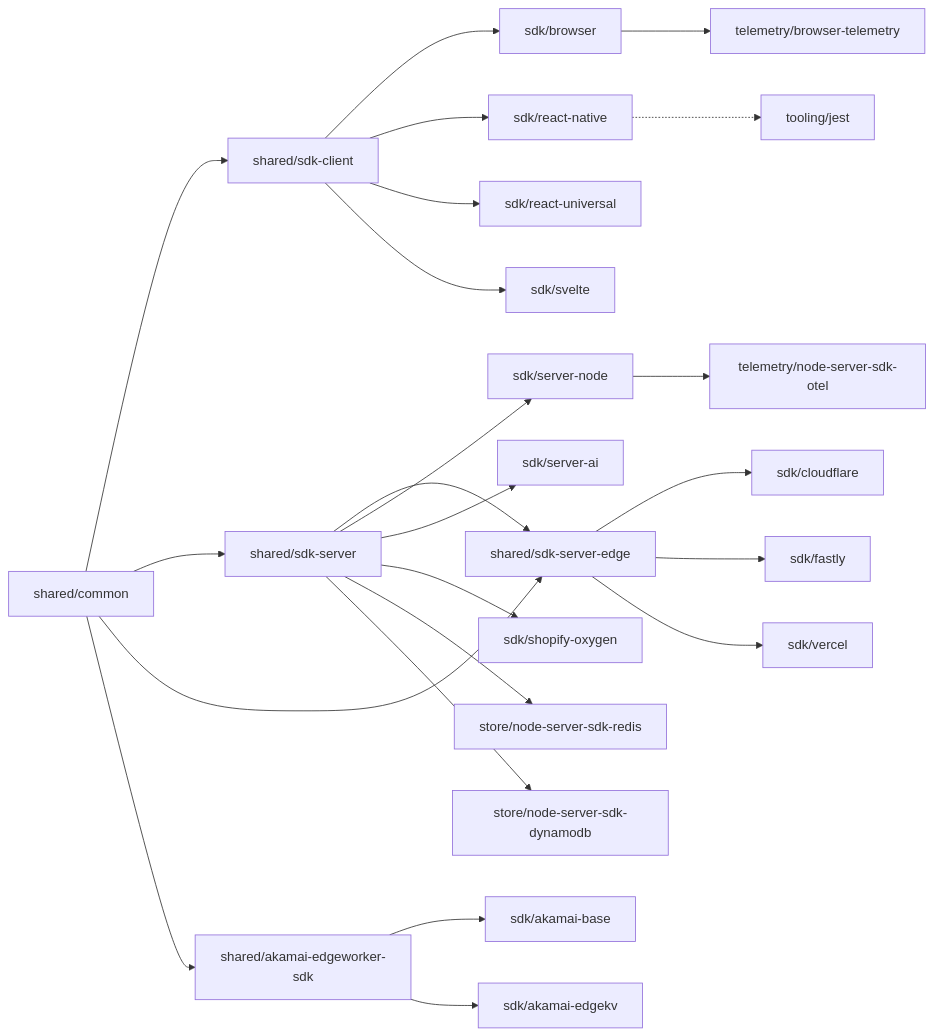
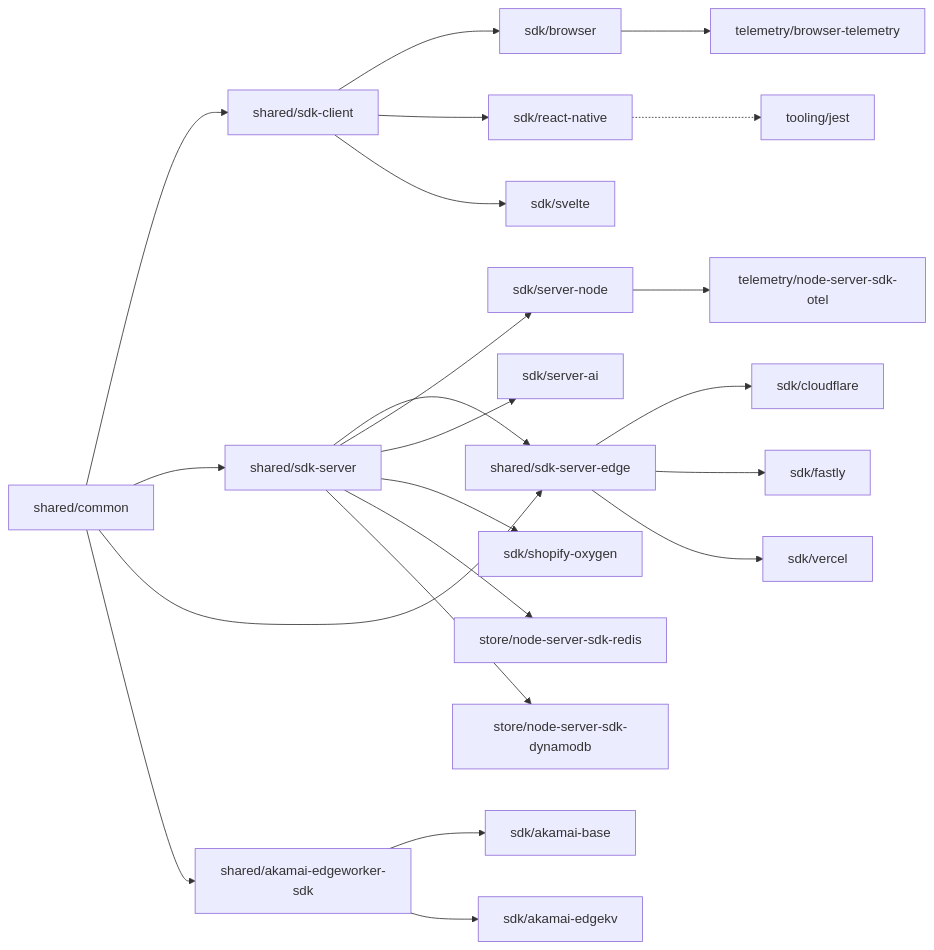
Before and after one commit to launchdarkly/js-core: the diagram in CONTRIBUTING.md, drawn with Mermaid. The commit also changed 60 other files, not shown here.

````diff
--- a/CONTRIBUTING.md
+++ b/CONTRIBUTING.md
@@ -149,75 +149,73 @@
 ```mermaid
 flowchart LR
     %% Shared packages
     common[shared/common]
     sdk-client[shared/sdk-client]
     sdk-server[shared/sdk-server]
     sdk-server-edge[shared/sdk-server-edge]
     akamai-edgeworker[shared/akamai-edgeworker-sdk]
 
     %% SDK packages
     server-node[sdk/server-node]
     cloudflare[sdk/cloudflare]
     fastly[sdk/fastly]
     react-native[sdk/react-native]
     browser[sdk/browser]
     vercel[sdk/vercel]
     akamai-base[sdk/akamai-base]
     akamai-edgekv[sdk/akamai-edgekv]
     server-ai[sdk/server-ai]
-    react-universal[sdk/react-universal]
     svelte[sdk/svelte]
     shopify-oxygen[sdk/shopify-oxygen]
 
     %% Store packages
     redis[store/node-server-sdk-redis]
     dynamodb[store/node-server-sdk-dynamodb]
 
     %% Telemetry packages
     node-otel[telemetry/node-server-sdk-otel]
     browser-telemetry[telemetry/browser-telemetry]
 
     %% Tooling packages
     jest[tooling/jest]
 
     %% Dependencies between shared packages
     common --> sdk-client
     common --> sdk-server
     common --> sdk-server-edge
     common --> akamai-edgeworker
     sdk-server --> sdk-server-edge
     
     %% Dependencies for SDK packages
     sdk-client --> browser
     sdk-client --> react-native
-    sdk-client --> react-universal
     sdk-client --> svelte
     
     sdk-server --> server-node
     sdk-server --> server-ai
     sdk-server --> shopify-oxygen
     
     sdk-server-edge --> cloudflare
     sdk-server-edge --> fastly
     sdk-server-edge --> vercel
     
     akamai-edgeworker --> akamai-base
     akamai-edgeworker --> akamai-edgekv
     
     %% Dependencies for store packages
     sdk-server --> redis
     sdk-server --> dynamodb
     
     %% Dependencies for telemetry packages
     server-node --> node-otel
     browser --> browser-telemetry
     
     %% Dependencies for tooling packages
     react-native -.-> jest
     
     class common,sdk-client,sdk-server,sdk-server-edge,akamai-edgeworker shared
-    class server-node,cloudflare,fastly,react-native,browser,vercel,akamai-base,akamai-edgekv,server-ai,react-universal,svelte sdk
+    class server-node,cloudflare,fastly,react-native,browser,vercel,akamai-base,akamai-edgekv,server-ai,svelte sdk
     class redis,dynamodb store
     class node-otel,browser-telemetry telemetry
     class jest tooling
 ```
````
